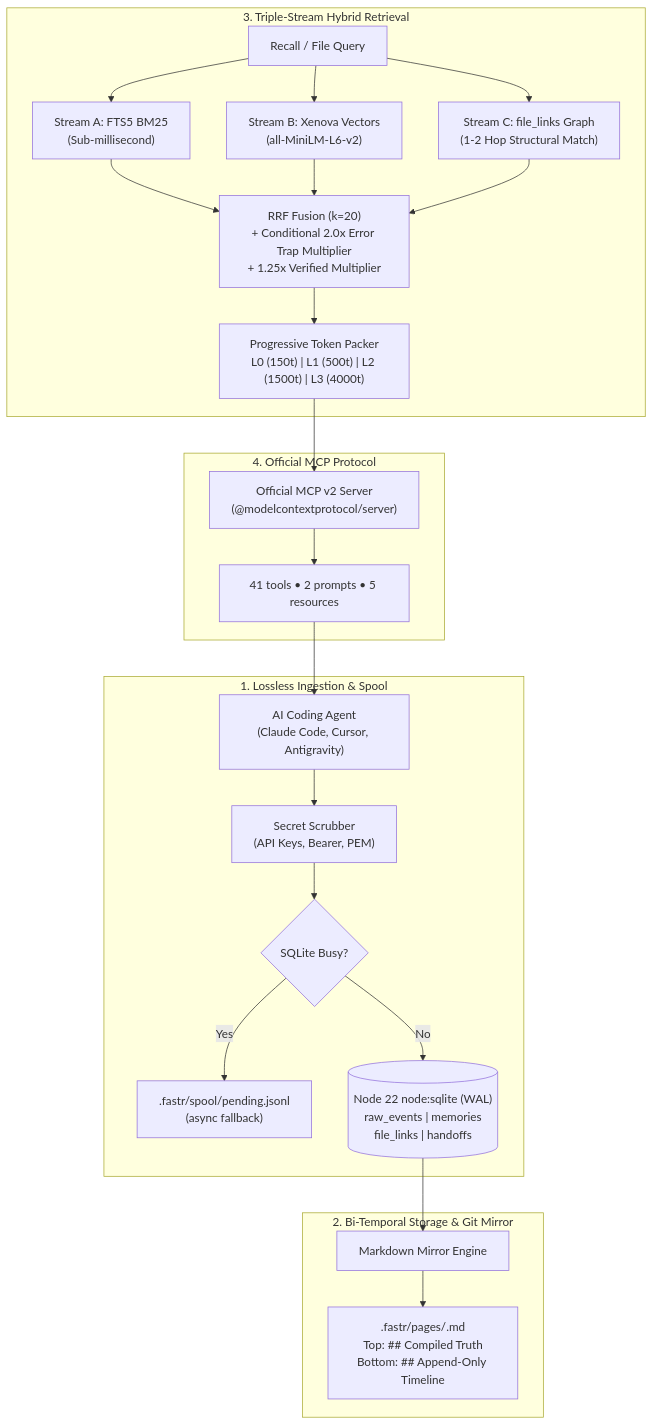
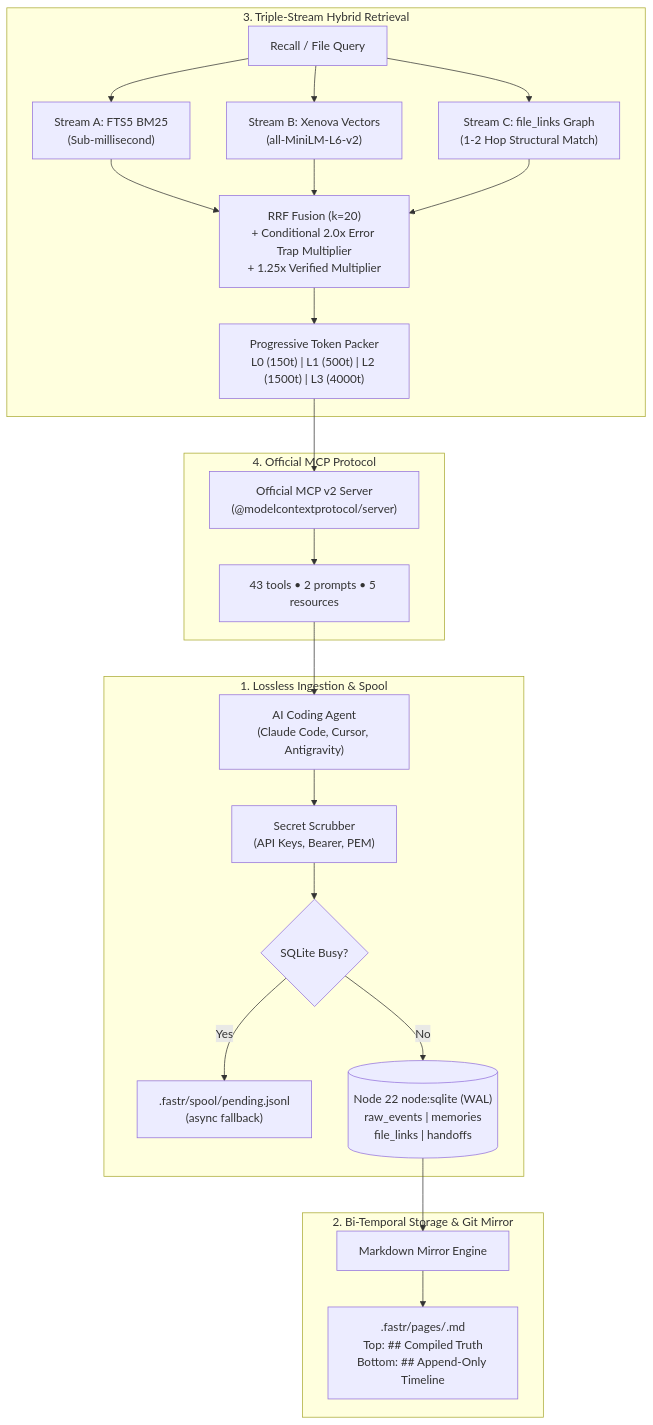
One commit to atifjubaer/fastrmemory changed the diagram in README.md. Above: the diagram before and after it, drawn with Mermaid. The commit also changed other lines of this file and 20 other files, not shown here.

````diff
--- a/README.md
+++ b/README.md
@@ -564,29 +568,29 @@
 ```mermaid
 flowchart TD
     subgraph Ingestion["1. Lossless Ingestion & Spool"]
         Agent["AI Coding Agent\n(Claude Code, Cursor, Antigravity)"] --> Scrubber["Secret Scrubber\n(API Keys, Bearer, PEM)"]
         Scrubber --> Spool{"SQLite Busy?"}
         Spool -- Yes --> SpoolFile[".fastr/spool/pending.jsonl\n(async fallback)"]
         Spool -- No --> DB
     end
 
     subgraph Storage["2. Bi-Temporal Storage & Git Mirror"]
         DB[("Node 22 node:sqlite (WAL)\nraw_events | memories\nfile_links | handoffs")]
         DB --> Mirror["Markdown Mirror Engine"]
         Mirror --> Pages[".fastr/pages/<module>.md\nTop: ## Compiled Truth\nBottom: ## Append-Only Timeline"]
     end
 
     subgraph Search["3. Triple-Stream Hybrid Retrieval"]
         Query["Recall / File Query"] --> FTS["Stream A: FTS5 BM25\n(Sub-millisecond)"]
         Query --> Vec["Stream B: Xenova Vectors\n(all-MiniLM-L6-v2)"]
         Query --> Graph["Stream C: file_links Graph\n(1-2 Hop Structural Match)"]
         FTS & Vec & Graph --> RRF["RRF Fusion (k=20)\n+ Conditional 2.0x Error Trap Multiplier\n+ 1.25x Verified Multiplier"]
         RRF --> Budget["Progressive Token Packer\nL0 (150t) | L1 (500t) | L2 (1500t) | L3 (4000t)"]
     end
 
     subgraph Protocol["4. Official MCP Protocol"]
         Budget --> MCPServer["Official MCP v2 Server\n(@modelcontextprotocol/server)"]
-        MCPServer --> Tools["41 tools • 2 prompts • 5 resources"]
+        MCPServer --> Tools["43 tools • 2 prompts • 5 resources"]
         Tools --> Agent
     end
 ```
````
